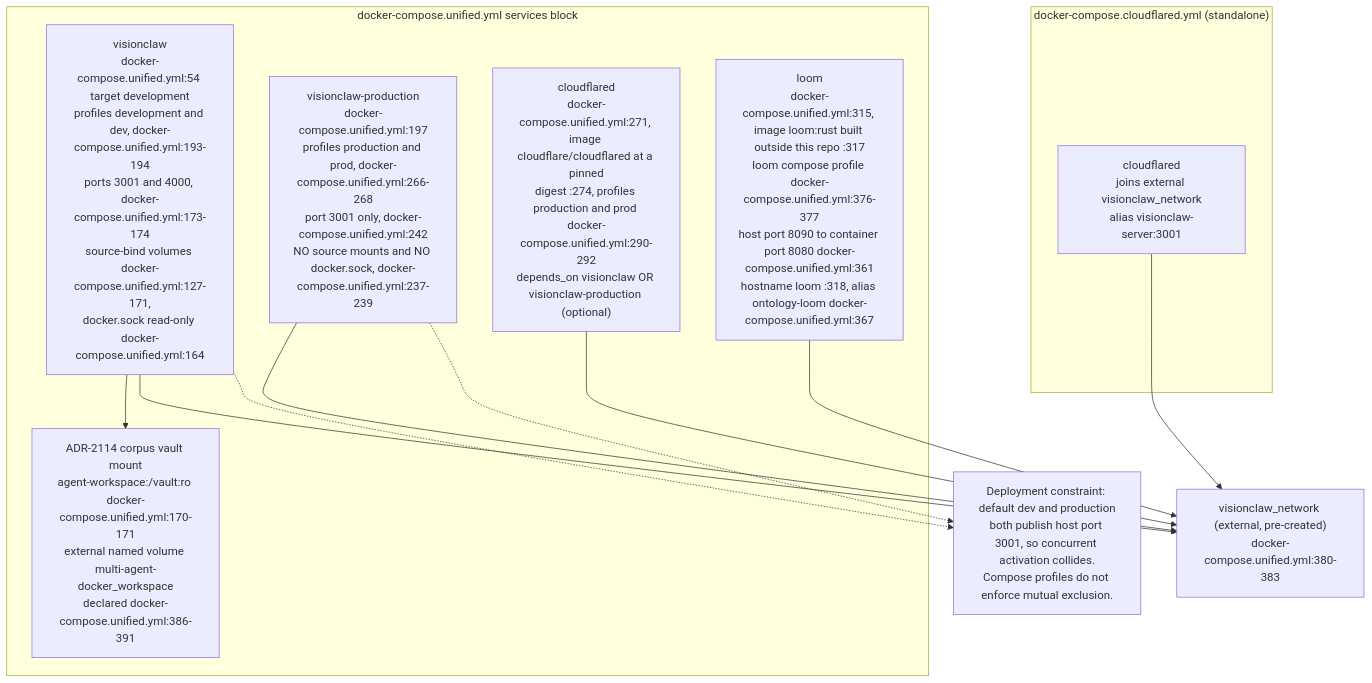
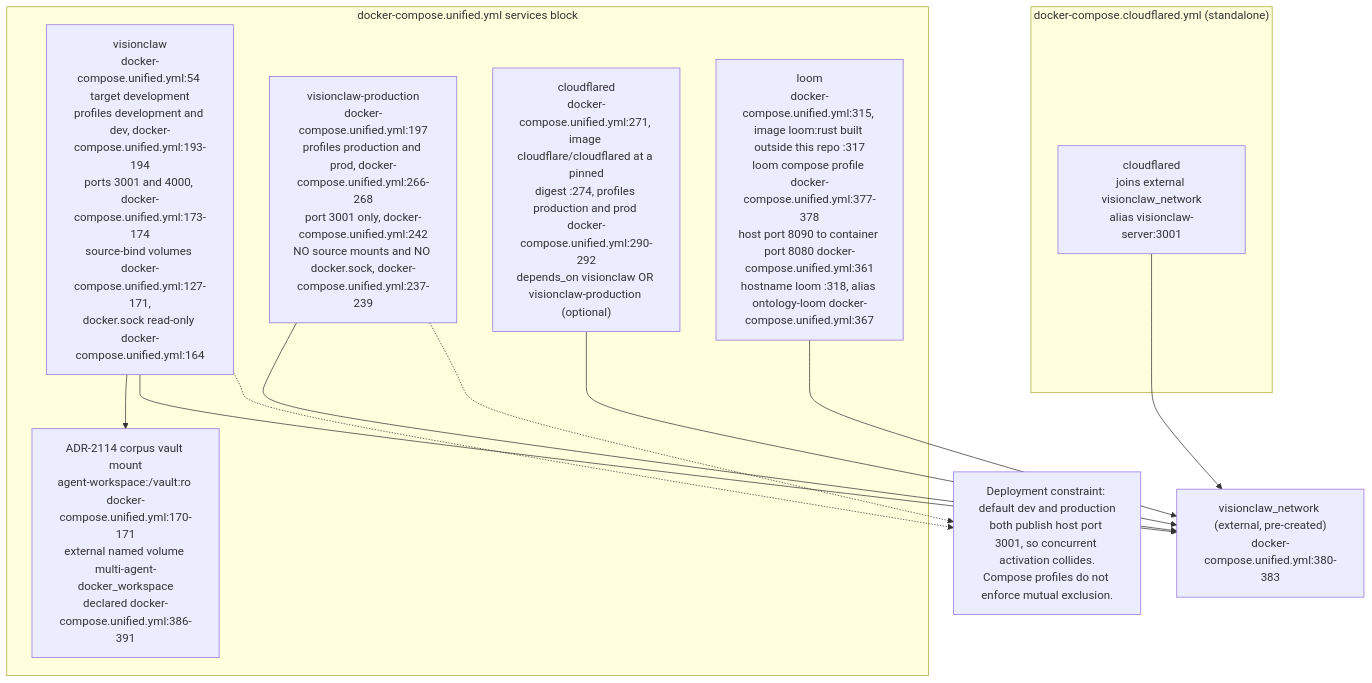
Before and after one commit to DreamLab-AI/VisionFlow: the eighth of 23 diagrams in docs/diagrams/estate/09-build-deploy-and-ci-estate.md, drawn with Mermaid. The commit also changed other lines of this file and 94 other files, not shown here.

First line of the commit message:
docs(diagrams): re-verify 130 topics against 2 October HEADs

````diff
--- a/docs/diagrams/estate/09-build-deploy-and-ci-estate.md
+++ b/docs/diagrams/estate/09-build-deploy-and-ci-estate.md
@@ -280,25 +282,25 @@
 ```mermaid
 flowchart TB
     subgraph PROFILES["docker-compose.unified.yml services block"]
         DEVSVC["visionclaw<br/>docker-compose.unified.yml:54 target development<br/>profiles development and dev, docker-compose.unified.yml:193-194<br/>ports 3001 and 4000, docker-compose.unified.yml:173-174<br/>source-bind volumes docker-compose.unified.yml:127-171,<br/>docker.sock read-only docker-compose.unified.yml:164"]
         VAULTMOUNT["ADR-2114 corpus vault mount<br/>agent-workspace:/vault:ro docker-compose.unified.yml:170-171<br/>external named volume multi-agent-docker_workspace<br/>declared docker-compose.unified.yml:386-391"]
         PRODSVC["visionclaw-production<br/>docker-compose.unified.yml:197<br/>profiles production and prod, docker-compose.unified.yml:266-268<br/>port 3001 only, docker-compose.unified.yml:242<br/>NO source mounts and NO docker.sock, docker-compose.unified.yml:237-239"]
         CLOUDFLARED["cloudflared<br/>docker-compose.unified.yml:271, image cloudflare/cloudflared at a pinned<br/>digest :274, profiles production and prod docker-compose.unified.yml:290-292<br/>depends_on visionclaw OR visionclaw-production (optional)"]
-        LOOM["loom<br/>docker-compose.unified.yml:315, image loom:rust built outside this repo :317<br/>loom compose profile docker-compose.unified.yml:376-377<br/>host port 8090 to container port 8080 docker-compose.unified.yml:361<br/>hostname loom :318, alias ontology-loom docker-compose.unified.yml:367"]
+        LOOM["loom<br/>docker-compose.unified.yml:315, image loom:rust built outside this repo :317<br/>loom compose profile docker-compose.unified.yml:377-378<br/>host port 8090 to container port 8080 docker-compose.unified.yml:361<br/>hostname loom :318, alias ontology-loom docker-compose.unified.yml:367"]
     end
     subgraph EXTFILE["docker-compose.cloudflared.yml (standalone)"]
         CFSTANDALONE["cloudflared<br/>joins external visionclaw_network<br/>alias visionclaw-server:3001"]
     end
     NET["visionclaw_network (external, pre-created)<br/>docker-compose.unified.yml:380-383"]
 
     DEVSVC --> VAULTMOUNT
     DEVSVC --> NET
     PRODSVC --> NET
     CLOUDFLARED --> NET
     LOOM --> NET
     CFSTANDALONE --> NET
 
     GATE["Deployment constraint: default dev and production<br/>both publish host port 3001, so concurrent activation collides.<br/>Compose profiles do not enforce mutual exclusion."]
     DEVSVC -.-> GATE
     PRODSVC -.-> GATE
 ```
````
